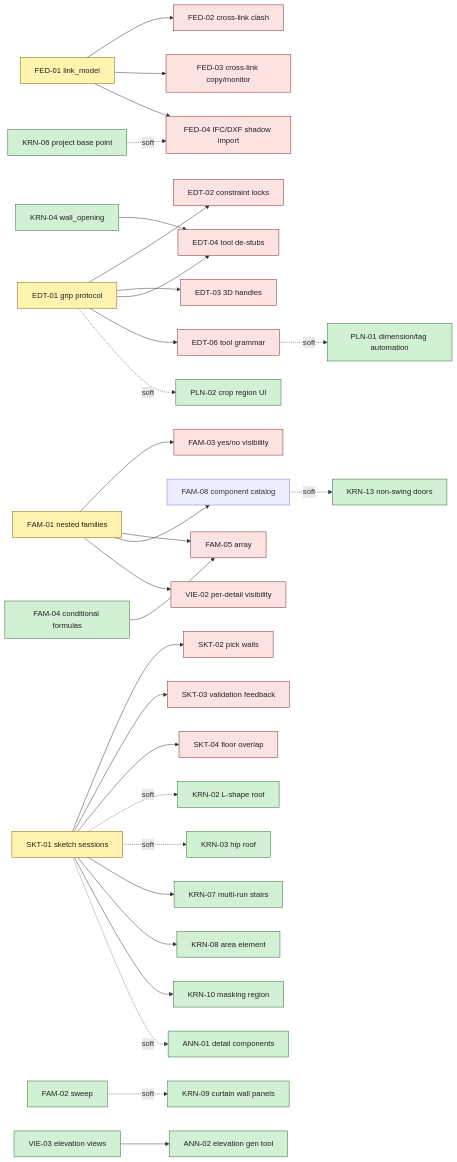
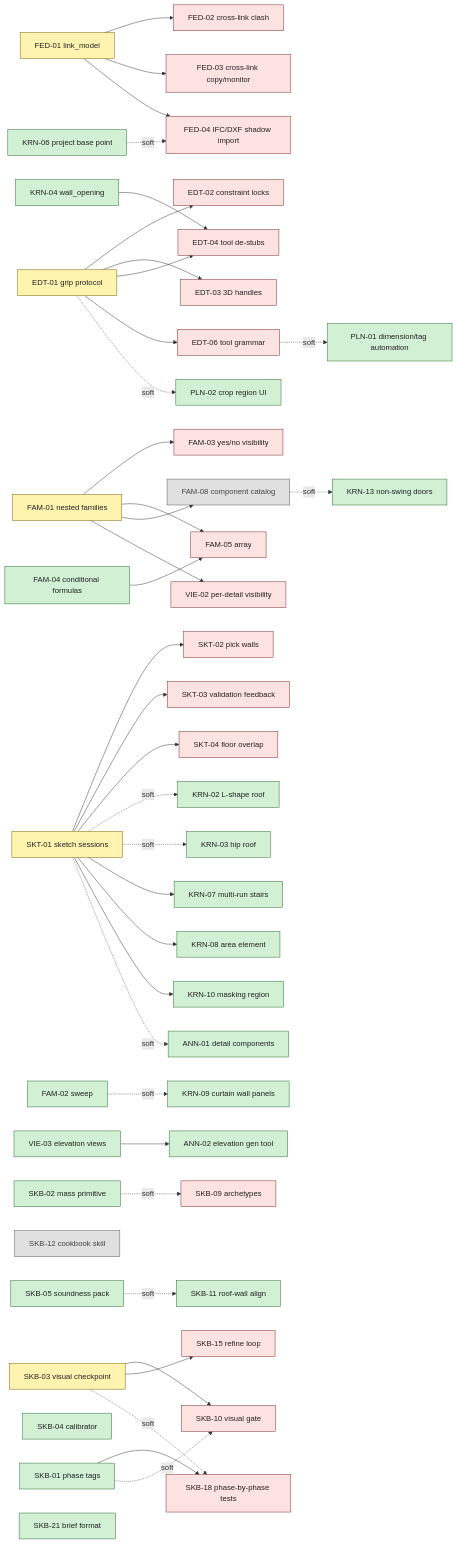
The diagram in spec/workpackage-master-tracker.md (jhoetter/bim-ai), drawn with Mermaid before and after one commit. The commit also changed other lines of this file, not shown here.

First line of the commit message:
docs(tracker): wire SKB into cross-epic dependency map + lock the agent/software boundary

````diff
--- a/spec/workpackage-master-tracker.md
+++ b/spec/workpackage-master-tracker.md
@@ -97,6 +97,19 @@
   PLN01[PLN-01 dimension/tag automation]:::ready
   PLN02[PLN-02 crop region UI]:::ready
 
+  SKB03[SKB-03 visual checkpoint]:::keystone
+  SKB12[SKB-12 cookbook skill]:::done
+  SKB01[SKB-01 phase tags]:::ready
+  SKB02[SKB-02 mass primitive]:::ready
+  SKB04[SKB-04 calibrator]:::ready
+  SKB05[SKB-05 soundness pack]:::ready
+  SKB09[SKB-09 archetypes]:::blocked
+  SKB10[SKB-10 visual gate]:::blocked
+  SKB11[SKB-11 roof-wall align]:::ready
+  SKB15[SKB-15 refine loop]:::blocked
+  SKB18[SKB-18 phase-by-phase tests]:::blocked
+  SKB21[SKB-21 brief format]:::ready
+
   FED01 --> FED02
   FED01 --> FED03
   FED01 --> FED04
@@ -129,4 +142,14 @@
   FAM08 -.soft.-> KRN13
 
   VIE03 --> ANN02
+
+  SKB03 --> SKB10
+  SKB03 --> SKB15
+  SKB03 -.soft.-> SKB18
+  SKB01 --> SKB18
+  SKB01 -.soft.-> SKB10
+  SKB02 -.soft.-> SKB09
+  SKB05 -.soft.-> SKB11
+
+  classDef done fill:#e0e0e0,stroke:#555,color:#444;
 ```
````
